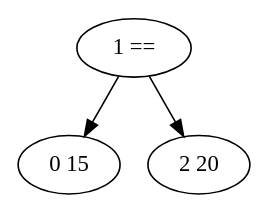
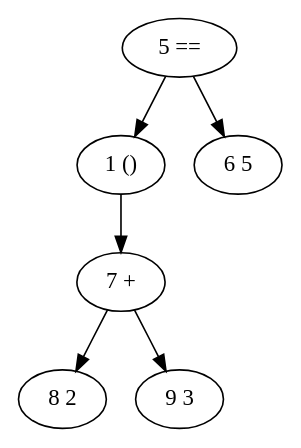
The diagram in preprocessor_tree.dot (Thewbi/stm8_asm), drawn with Graphviz before and after one commit. The commit also changed 8 other files, not shown here.

```diff
--- a/preprocessor_tree.dot
+++ b/preprocessor_tree.dot
@@ -1,7 +1,13 @@
 digraph {
-1 [label="1 =="]
-0 [label="0 15"]
-1 -> 0
-2 [label="2 20"]
-1 -> 2
+5 [label="5 =="]
+1 [label="1 ()"]
+7 [label="7 +"]
+8 [label="8 2"]
+7 -> 8
+9 [label="9 3"]
+7 -> 9
+1 -> 7
+5 -> 1
+6 [label="6 5"]
+5 -> 6
 }
```
